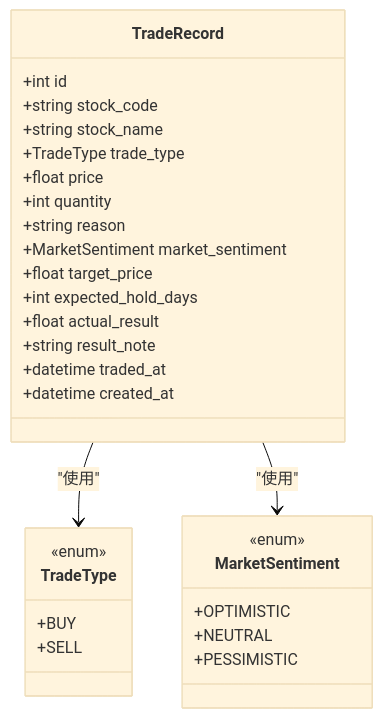
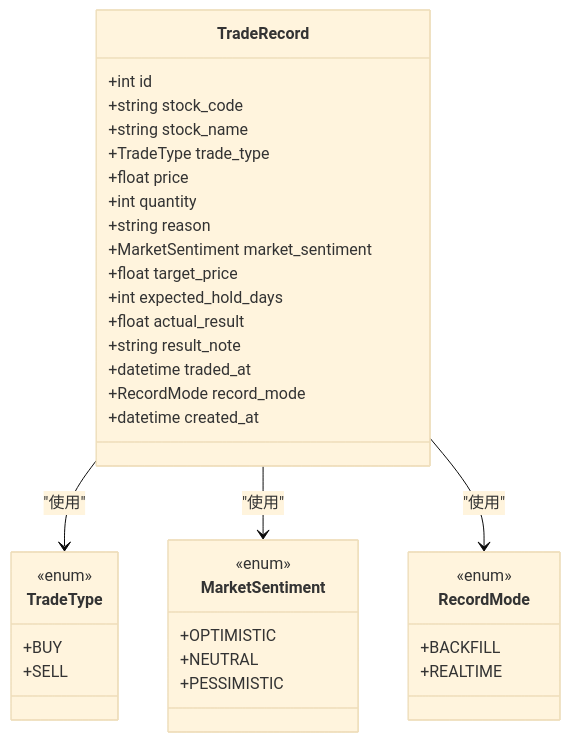
One commit to Moruime/stock_foker changed the third of 8 diagrams in .qoder/repowiki/zh/content/核心功能/交易记录管理.md. Above: the diagram before and after it, drawn with Mermaid (base theme). The commit also changed other lines of this file and 52 other files, not shown here.

````diff
--- a/.qoder/repowiki/zh/content/核心功能/交易记录管理.md
+++ b/.qoder/repowiki/zh/content/核心功能/交易记录管理.md
@@ -208,32 +162,39 @@
 ```mermaid
 classDiagram
 class TradeRecord {
 +int id
 +string stock_code
 +string stock_name
 +TradeType trade_type
 +float price
 +int quantity
 +string reason
 +MarketSentiment market_sentiment
 +float target_price
 +int expected_hold_days
 +float actual_result
 +string result_note
 +datetime traded_at
++RecordMode record_mode
 +datetime created_at
 }
 class TradeType {
 <<enum>>
 +BUY
 +SELL
 }
 class MarketSentiment {
 <<enum>>
 +OPTIMISTIC
 +NEUTRAL
 +PESSIMISTIC
 }
+class RecordMode {
+<<enum>>
++BACKFILL
++REALTIME
+}
 TradeRecord --> TradeType : "使用"
 TradeRecord --> MarketSentiment : "使用"
+TradeRecord --> RecordMode : "使用"
 ```
````
